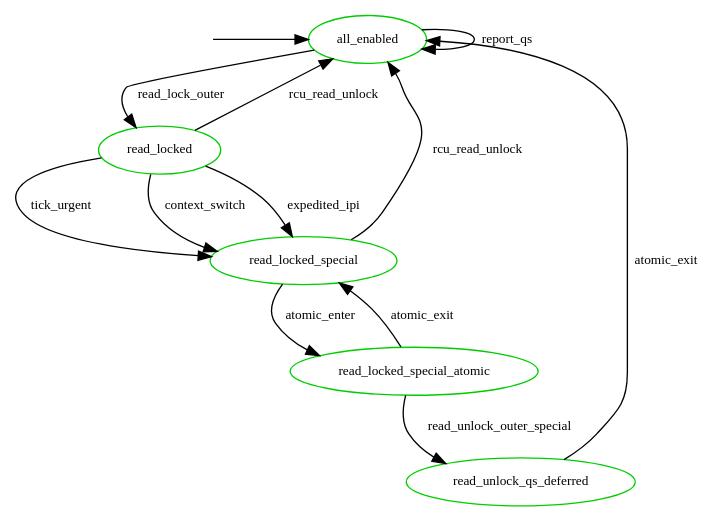
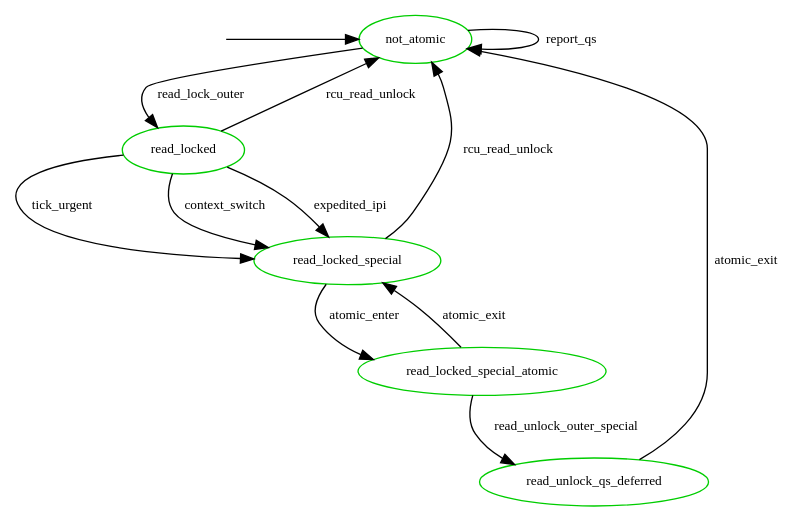
Before and after one commit to joelagnel/RCU_Supremica: the diagram in Dot_Models/defer_rlock_atomic_runlock.dot, drawn with Graphviz.

```diff
--- a/Dot_Models/defer_rlock_atomic_runlock.dot
+++ b/Dot_Models/defer_rlock_atomic_runlock.dot
@@ -1,39 +1,39 @@
 digraph state_automaton {
 	center = true;
 	// size = "700,800";
-	nodesep = 0.5;
-	{node [shape = plaintext, style=invis, label=""] "__init_all_enabled"};
+	nodesep = 0.7;
+	{node [shape = plaintext, style=invis, label=""] "__init_not_atomic"};
 	node [shape = ellipse, fontsize=10, color = green3];
 	edge [fontsize=10];
 
-	"__init_all_enabled" -> "all_enabled";
+	"__init_not_atomic" -> "not_atomic";
 
 	/* Handling for read-lock, pirq dis, read-unlock, pirq en */
-	"all_enabled" [label = "all_enabled"]; 
+	"not_atomic" [label = "not_atomic"]; 
 	"read_locked" [label = "read_locked"]; 
 	"read_locked_special" [label = "read_locked_special"]; 
 	"read_locked_special_atomic" [label = "read_locked_special_atomic"]; 
 	"read_unlock_qs_deferred" [label = "read_unlock_qs_deferred"]; 
 
-	"all_enabled" -> "all_enabled" [ label = "report_qs" ];
-	"all_enabled" -> "read_locked" [ label = "read_lock_outer" ];
+	"not_atomic" -> "not_atomic" [ label = "report_qs" ];
+	"not_atomic" -> "read_locked" [ label = "read_lock_outer" ];
 
-	"read_locked" -> "all_enabled" [ label = "rcu_read_unlock" ];
+	"read_locked" -> "not_atomic" [ label = "rcu_read_unlock" ];
 	"read_locked" -> "read_locked_special" [ label = "tick_urgent" ];
 	"read_locked" -> "read_locked_special" [ label = "context_switch" ];
 	"read_locked" -> "read_locked_special" [ label = "expedited_ipi" ];
 
-	"read_locked_special" -> "all_enabled" [ label = "rcu_read_unlock" ];
+	"read_locked_special" -> "not_atomic" [ label = "rcu_read_unlock" ];
 
 	"read_locked_special" -> "read_locked_special_atomic" [ label = "atomic_enter" ];
 	"read_locked_special_atomic" -> "read_locked_special" [ label = "atomic_exit" ];
 
 	"read_locked_special_atomic" -> "read_unlock_qs_deferred" [ label = "read_unlock_outer_special" ];
 
-	"read_unlock_qs_deferred" -> "all_enabled" [ label = "atomic_exit" ];
+	"read_unlock_qs_deferred" -> "not_atomic" [ label = "atomic_exit" ];
 
 	{ rank = min ;
-		"__init_all_enabled";
-		"all_enabled";
+		"__init_not_atomic";
+		"not_atomic";
 	}
 }
```
